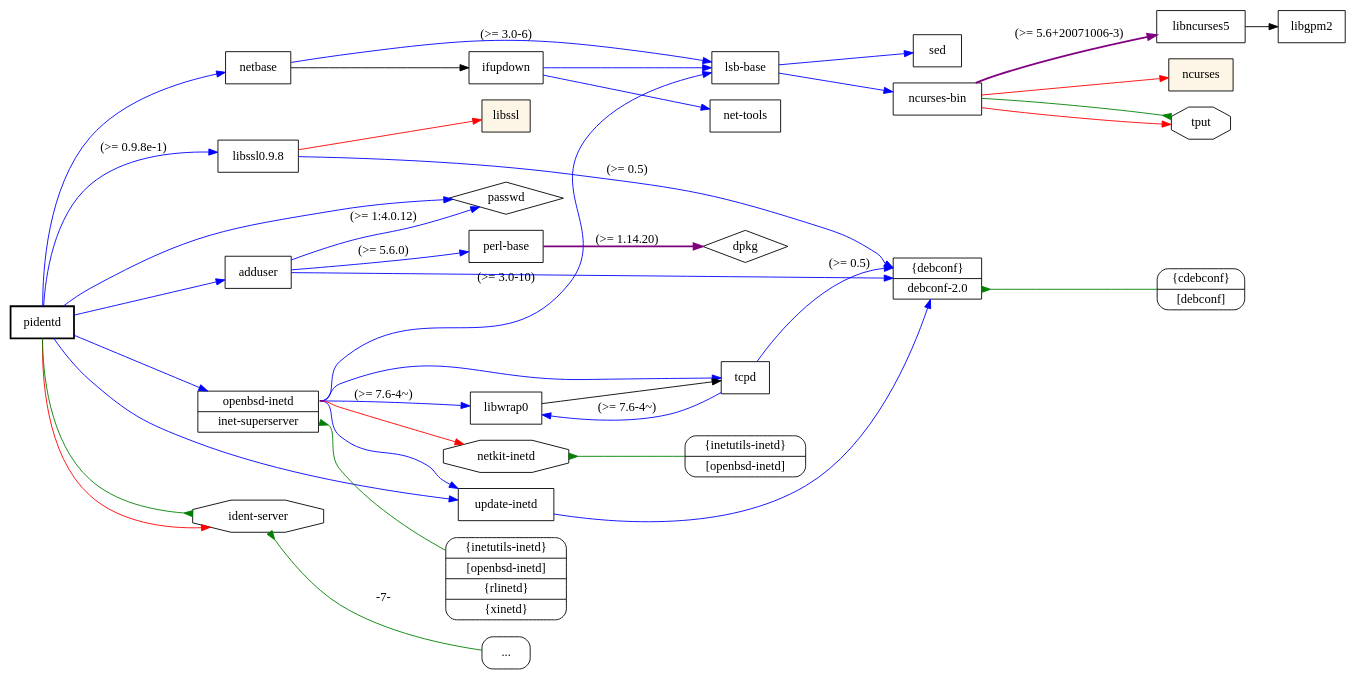
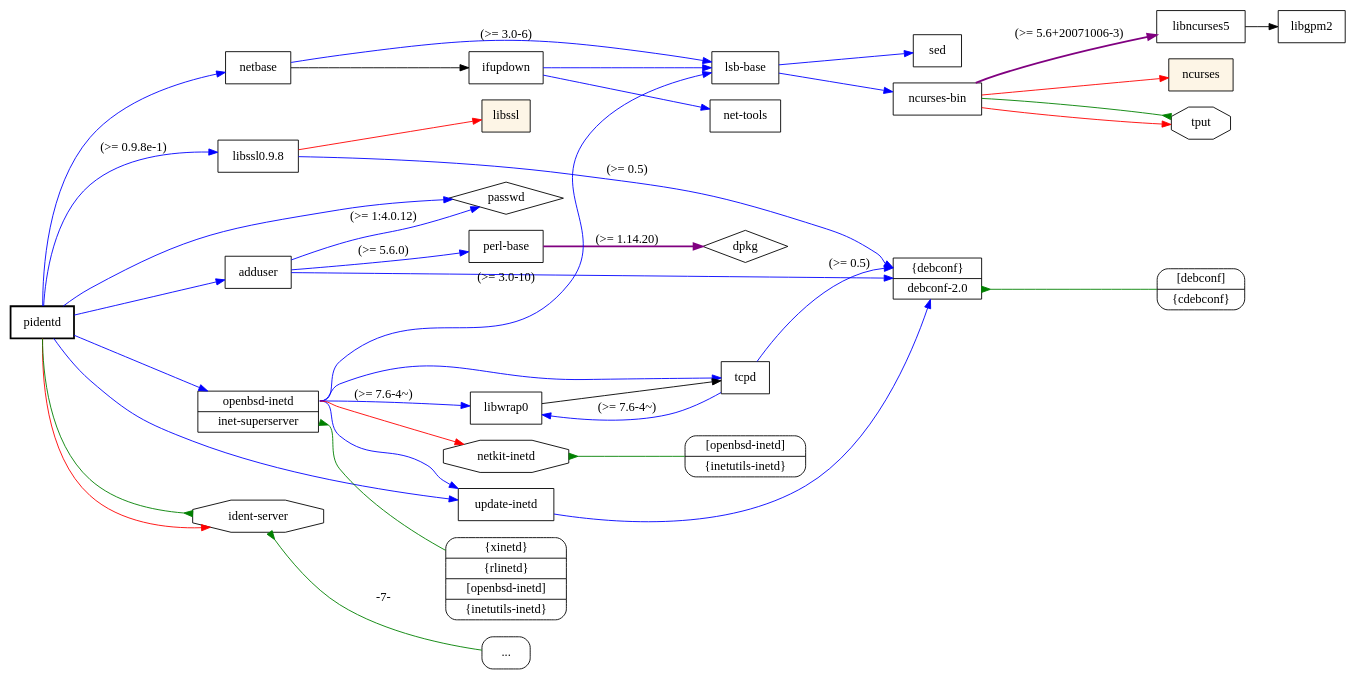
The diagram in testset/usage3.1.dot (juandesant/debtree), drawn with Graphviz before and after one commit. The commit also changed 10 other files, not shown here.

```diff
--- a/testset/usage3.1.dot
+++ b/testset/usage3.1.dot
@@ -1,76 +1,76 @@
 digraph "pidentd" {
 	rankdir=LR;
 	node [shape=box];
 	"pidentd" -> "libssl0.9.8" [color=blue,label="(>= 0.9.8e-1)"];
 	"libssl0.9.8" -> "alt1":"debconf" [color=blue,label="(>= 0.5)"];
 	"alt1":"debconf-2.0" -> virt1 [dir=back,arrowtail=inv,color=green];
 	"libssl0.9.8" -> "libssl" [color=red];
 	"pidentd" -> "netbase" [color=blue];
 	"netbase" -> "lsb-base" [color=blue,label="(>= 3.0-6)"];
 	"lsb-base" -> "sed" [color=blue];
 	"lsb-base" -> "ncurses-bin" [color=blue];
 	"ncurses-bin" -> "libncurses5" [color=purple,style=bold,label="(>= 5.6+20071006-3)"];
 	"libncurses5" -> "libgpm2";
 	"ncurses-bin" -> "ncurses" [color=red];
 	"ncurses-bin" -> "tput" [color=red];
 	"netbase" -> "ifupdown";
 	"ifupdown" -> "net-tools" [color=blue];
 	"ifupdown" -> "lsb-base" [color=blue];
 	"pidentd" -> "adduser" [color=blue];
 	"adduser" -> "perl-base" [color=blue,label="(>= 5.6.0)"];
 	"perl-base" -> "dpkg" [color=purple,style=bold,label="(>= 1.14.20)"];
 	"adduser" -> "passwd" [color=blue,label="(>= 1:4.0.12)"];
 	"adduser" -> "alt1" [color=blue];
 	"pidentd" -> "passwd" [color=blue];
 	"pidentd" -> "update-inetd" [color=blue];
 	"update-inetd" -> "alt1" [color=blue];
 	"pidentd" -> "alt2" [color=blue];
 	"alt2":"openbsd-inetd" -> "libwrap0" [color=blue,label="(>= 7.6-4~)"];
 	"libwrap0" -> "tcpd";
 	"tcpd" -> "libwrap0" [color=blue,label="(>= 7.6-4~)"];
 	"tcpd" -> "alt1":"debconf" [color=blue,label="(>= 0.5)"];
 	"alt2":"openbsd-inetd" -> "lsb-base" [color=blue,label="(>= 3.0-10)"];
 	"alt2":"openbsd-inetd" -> "update-inetd" [color=blue];
 	"alt2":"openbsd-inetd" -> "tcpd" [color=blue];
 	"alt2":"openbsd-inetd" -> "netkit-inetd" [color=red];
 	"alt2":"inet-superserver" -> virt2 [dir=back,arrowtail=inv,color=green];
 	"pidentd" -> "ident-server" [color=red];
 	"pidentd" -> "ident-server" [arrowhead=inv,color=green];
 	"ident-server" -> "Pr_ident-server" [label="-7-",dir=back,arrowtail=inv,color=green];
 	"Pr_ident-server" [label="...",style=rounded];
 	"ident-server" [shape=octagon];
 	"pidentd" [style="setlinewidth(2)"]
 	"libssl" [style=filled,fillcolor=oldlace];
 	"ncurses" [style=filled,fillcolor=oldlace];
 	"netkit-inetd" -> virt3 [dir=back,arrowtail=inv,color=green];
 	"netkit-inetd" [shape=octagon];
 	"tput" -> "ncurses-bin" [dir=back,arrowtail=inv,color=green];
 	"tput" [shape=octagon];
 	alt1 [
 		shape = "record"
 		label = "<debconf> \{debconf\} | <debconf-2.0> debconf-2.0"
 	]
 	alt2 [
 		shape = "record"
 		label = "<openbsd-inetd> openbsd-inetd | <inet-superserver> inet-superserver"
 	]
 	virt1 [
 		shape = "record"
 		style = "rounded"
-		label = "<cdebconf> \{cdebconf\} | <debconf> [debconf]"
+		label = "<debconf> [debconf] | <cdebconf> \{cdebconf\}"
 	]
 	virt2 [
 		shape = "record"
 		style = "rounded"
-		label = "<inetutils-inetd> \{inetutils-inetd\} | <openbsd-inetd> [openbsd-inetd] | <rlinetd> \{rlinetd\} | <xinetd> \{xinetd\}"
+		label = "<xinetd> \{xinetd\} | <rlinetd> \{rlinetd\} | <openbsd-inetd> [openbsd-inetd] | <inetutils-inetd> \{inetutils-inetd\}"
 	]
 	virt3 [
 		shape = "record"
 		style = "rounded"
-		label = "<inetutils-inetd> \{inetutils-inetd\} | <openbsd-inetd> [openbsd-inetd]"
+		label = "<openbsd-inetd> [openbsd-inetd] | <inetutils-inetd> \{inetutils-inetd\}"
 	]
 	"dpkg" [shape=diamond];
 	"passwd" [shape=diamond];
 }
 // Excluded dependencies:
 // libc6 zlib1g
```
